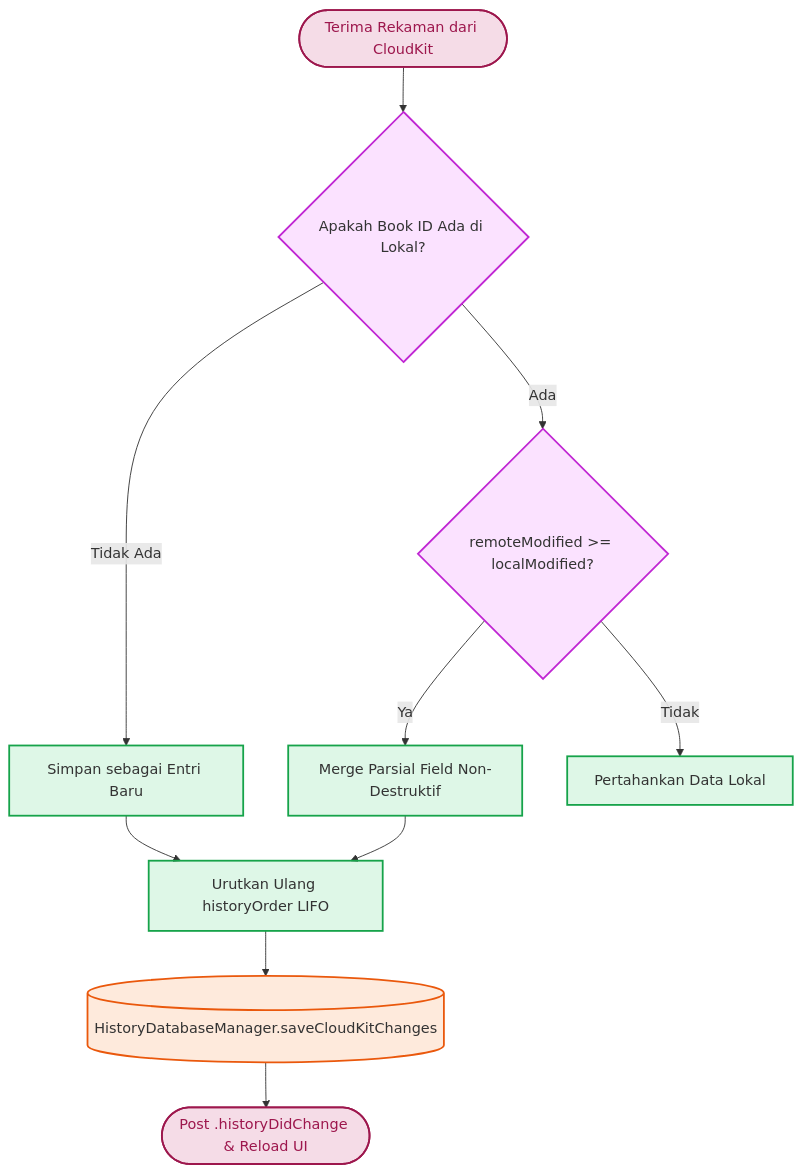
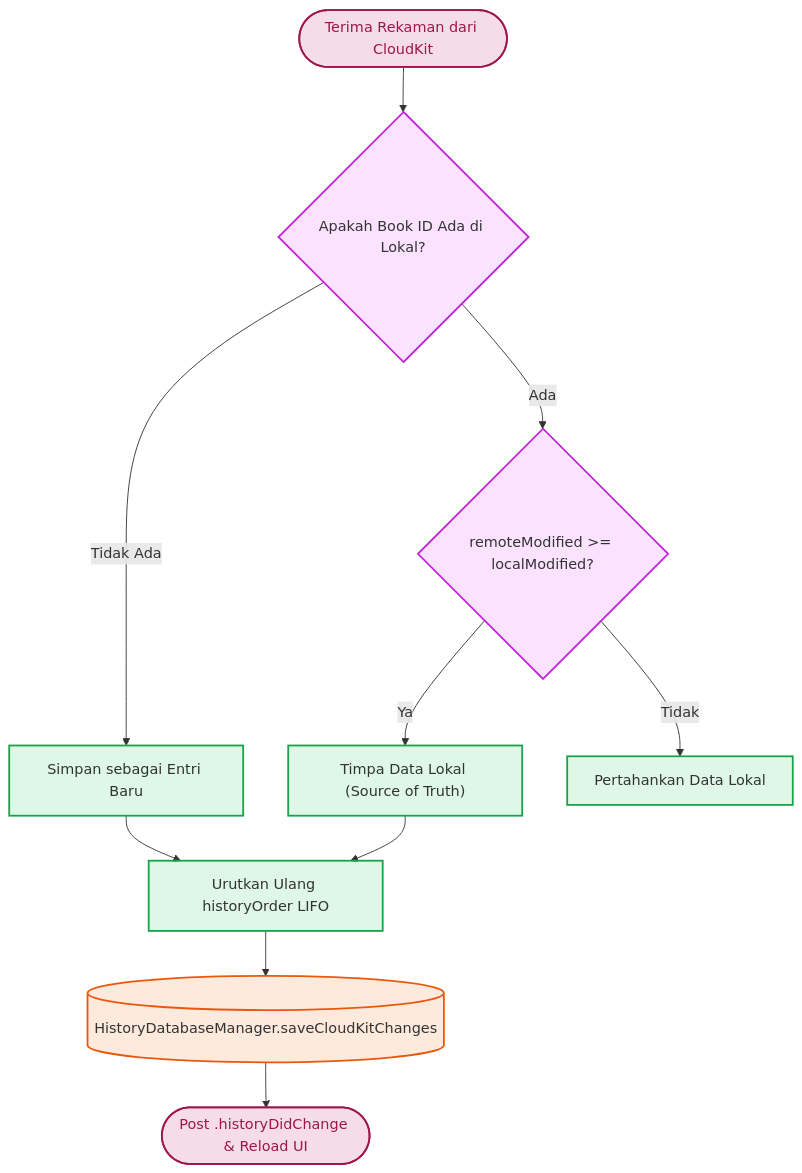
One commit to bismillah-100/Maktabah changed the second of 2 diagrams in docs/features/history/database.md. Above: the diagram before and after it, drawn with Mermaid. The commit also changed other lines of this file and 1 other file, not shown here.

Commit message:
fix(history): remove nil-fallback to allow explicit deletion
Previously, when a synced ReadingEntry had null fields (e.g., lastOpenedAt) because the history was intentionally removed from a favorited book on another device, the local merge logic would erroneously restore the cleared fields from local data.

This removes the fallback logic and treats the incoming remote entry as the absolute source of truth when its timestamp is newer, ensuring that history deletions are correctly propagated across all devices.

````diff
--- a/docs/features/history/database.md
+++ b/docs/features/history/database.md
@@ -141,27 +141,27 @@
 ```mermaid
 flowchart TD
     Remote(["Terima Rekaman dari CloudKit"]) --> Match{"Apakah Book ID Ada di Lokal?"}
     
     Match -->|"Tidak Ada"| InsertLocal["Simpan sebagai Entri Baru"]
     Match -->|"Ada"| CheckLWW{"remoteModified >= localModified?"}
     
-    CheckLWW -->|"Ya"| FieldMerge["Merge Parsial Field Non-Destruktif"]
+    CheckLWW -->|"Ya"| OverwriteLocal["Timpa Data Lokal (Source of Truth)"]
     CheckLWW -->|"Tidak"| DropRemote["Pertahankan Data Lokal"]
     
     InsertLocal --> Reorder["Urutkan Ulang historyOrder LIFO"]
-    FieldMerge --> Reorder
+    OverwriteLocal --> Reorder
     
     Reorder --> Persist[("HistoryDatabaseManager.saveCloudKitChanges")]
     Persist --> Notify(["Post .historyDidChange & Reload UI"])
 
     classDef ui fill:#e040fb26,stroke:#c026d3,stroke-width:2px;
     classDef vm fill:#3b82f626,stroke:#2563eb,stroke-width:2px;
     classDef store fill:#22c55e26,stroke:#16a34a,stroke-width:2px;
     classDef db fill:#f9731626,stroke:#ea580c,stroke-width:2px;
     classDef event fill:#be185d26,stroke:#9d174d,stroke-width:2px,color:#9d174d;
 
     class Remote,Notify event;
-    class InsertLocal,FieldMerge,DropRemote,Reorder store;
+    class InsertLocal,OverwriteLocal,DropRemote,Reorder store;
     class Match,CheckLWW ui;
     class Persist db;
 ```
````
